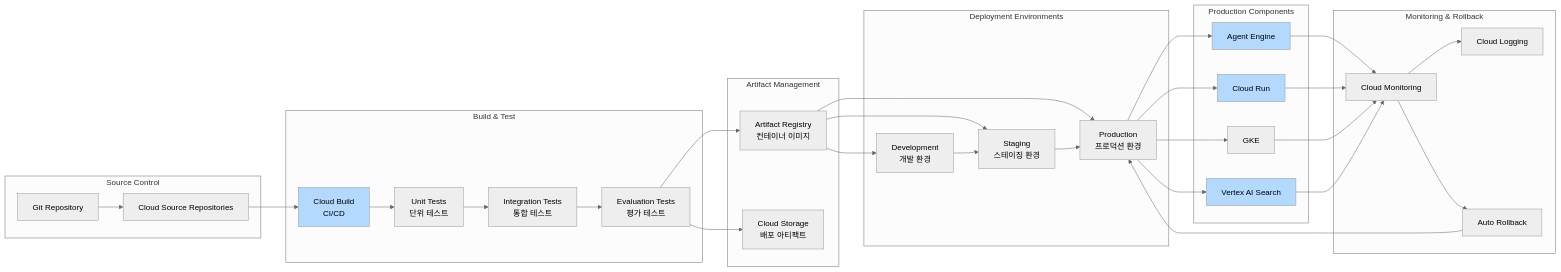
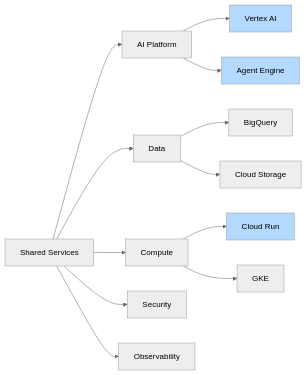
Diagram 11 of 12 in Agent_Architecture/GCP/GCP_AI_Agent_Architecture_Best_Practices.md (skax-hisover/AI-Agent-Architecture), drawn with Mermaid (neutral theme) before and after one commit. The commit also changed other lines of this file, not shown here.

Commit message:
다이어그램 가시성 보완

````diff
--- a/Agent_Architecture/GCP/GCP_AI_Agent_Architecture_Best_Practices.md
+++ b/Agent_Architecture/GCP/GCP_AI_Agent_Architecture_Best_Practices.md
@@ -828,72 +655,21 @@
 ```mermaid
 graph LR
-    subgraph "Source Control"
-        Git[Git Repository]
-        CloudSource[Cloud Source Repositories]
-    end
+    Shared[Shared Services] --> AI[AI Platform]
+    Shared --> Data[Data]
+    Shared --> Compute[Compute]
+    Shared --> Security[Security]
+    Shared --> Observability[Observability]
     
-    subgraph "Build & Test"
-        CloudBuild[Cloud Build<br/>CI/CD]
-        UnitTest[Unit Tests<br/>단위 테스트]
-        IntegrationTest[Integration Tests<br/>통합 테스트]
-        EvalTest[Evaluation Tests<br/>평가 테스트]
-    end
+    AI --> Vertex[Vertex AI]
+    AI --> Agent[Agent Engine]
     
-    subgraph "Artifact Management"
-        ArtifactReg[Artifact Registry<br/>컨테이너 이미지]
-        GCSArtifacts[Cloud Storage<br/>배포 아티팩트]
-    end
+    Data --> BigQuery[BigQuery]
+    Data --> Storage[Cloud Storage]
     
-    subgraph "Deployment Environments"
-        Dev[Development<br/>개발 환경]
-        Staging[Staging<br/>스테이징 환경]
-        Prod[Production<br/>프로덕션 환경]
-    end
+    Compute --> Run[Cloud Run]
+    Compute --> GKE[GKE]
     
-    subgraph "Production Components"
-        AgentEngine[Agent Engine]
-        CloudRun[Cloud Run]
-        GKE[GKE]
-        VertexSearch[Vertex AI Search]
-    end
-    
-    subgraph "Monitoring & Rollback"
-        Monitoring[Cloud Monitoring]
-        Logging[Cloud Logging]
-        Rollback[Auto Rollback]
-    end
-    
-    Git --> CloudSource
-    CloudSource --> CloudBuild
-    CloudBuild --> UnitTest
-    UnitTest --> IntegrationTest
-    IntegrationTest --> EvalTest
-    EvalTest --> ArtifactReg
-    EvalTest --> GCSArtifacts
-    
-    ArtifactReg --> Dev
-    ArtifactReg --> Staging
-    ArtifactReg --> Prod
-    
-    Dev --> Staging
-    Staging --> Prod
-    
-    Prod --> AgentEngine
-    Prod --> CloudRun
-    Prod --> GKE
-    Prod --> VertexSearch
-    
-    AgentEngine --> Monitoring
-    CloudRun --> Monitoring
-    GKE --> Monitoring
-    VertexSearch --> Monitoring
-    
-    Monitoring --> Logging
-    Monitoring --> Rollback
-    Rollback --> Prod
-    
-    style CloudBuild fill:#B3D9FF
-    style AgentEngine fill:#B3D9FF
-    style CloudRun fill:#B3D9FF
-    style VertexSearch fill:#B3D9FF
+    style Vertex fill:#B3D9FF
+    style Agent fill:#B3D9FF
+    style Run fill:#B3D9FF
 ```
````
